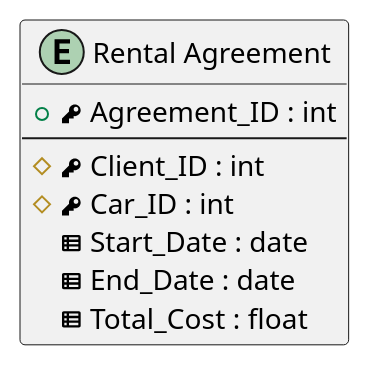
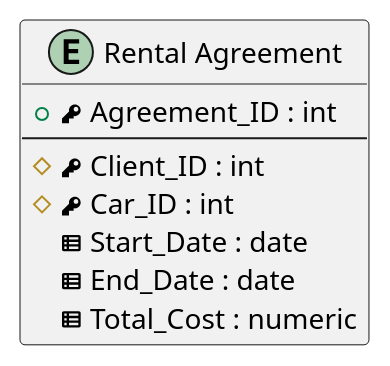
One commit to DmitryVasilkovW/ITMO-Database-design-labs-4-sem changed the diagram in Labs/Lab1/Tables/Entities/RentalAgreement.puml. Above: the diagram before and after it, drawn with PlantUML. The commit also changed 1 other file, not shown here.

```diff
--- a/Labs/Lab1/Tables/Entities/RentalAgreement.puml
+++ b/Labs/Lab1/Tables/Entities/RentalAgreement.puml
@@ -1,12 +1,12 @@
 @startuml
 entity "Rental Agreement" as rental
 {
   + <&key> Agreement_ID : int
   --
   # <&key> Client_ID : int
   # <&key> Car_ID : int
   <&spreadsheet> Start_Date : date
   <&spreadsheet> End_Date : date
-  <&spreadsheet> Total_Cost : float
+  <&spreadsheet> Total_Cost : numeric
 }
 @enduml
```
